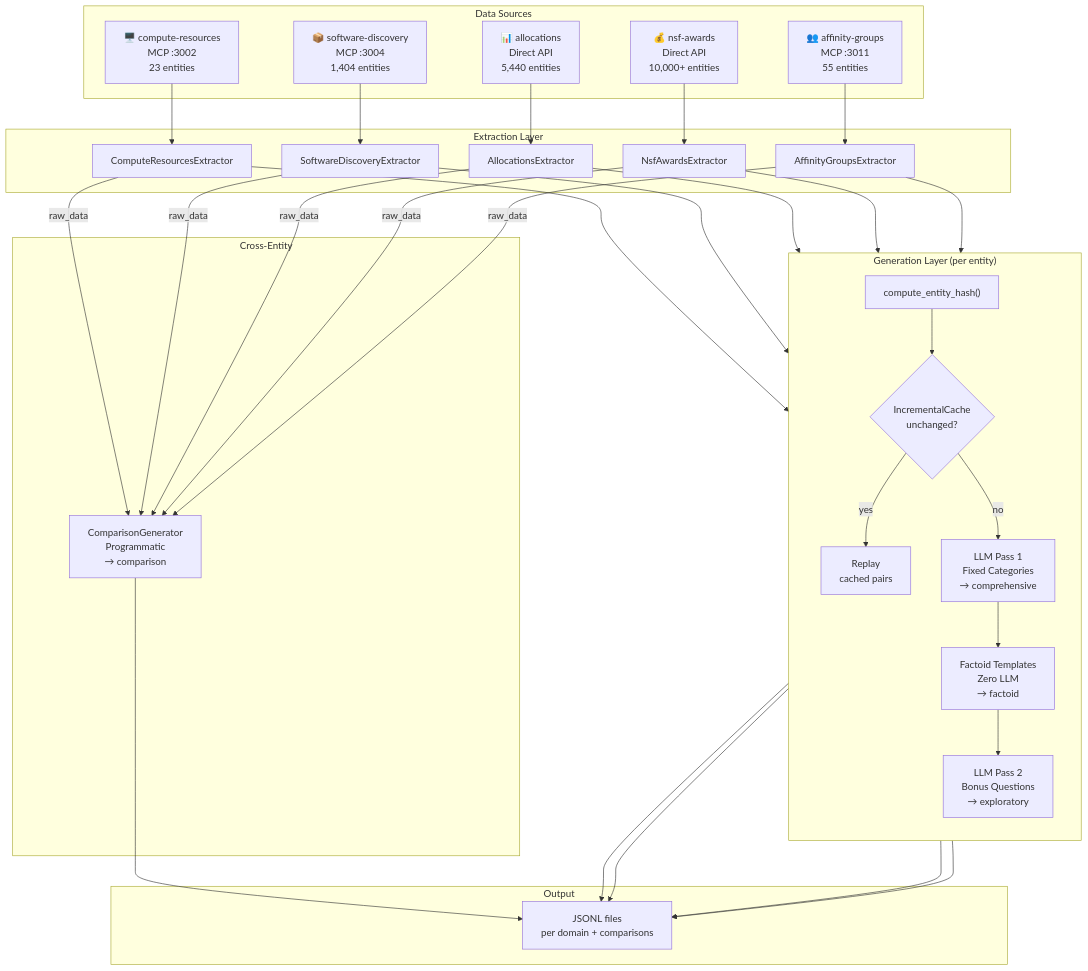
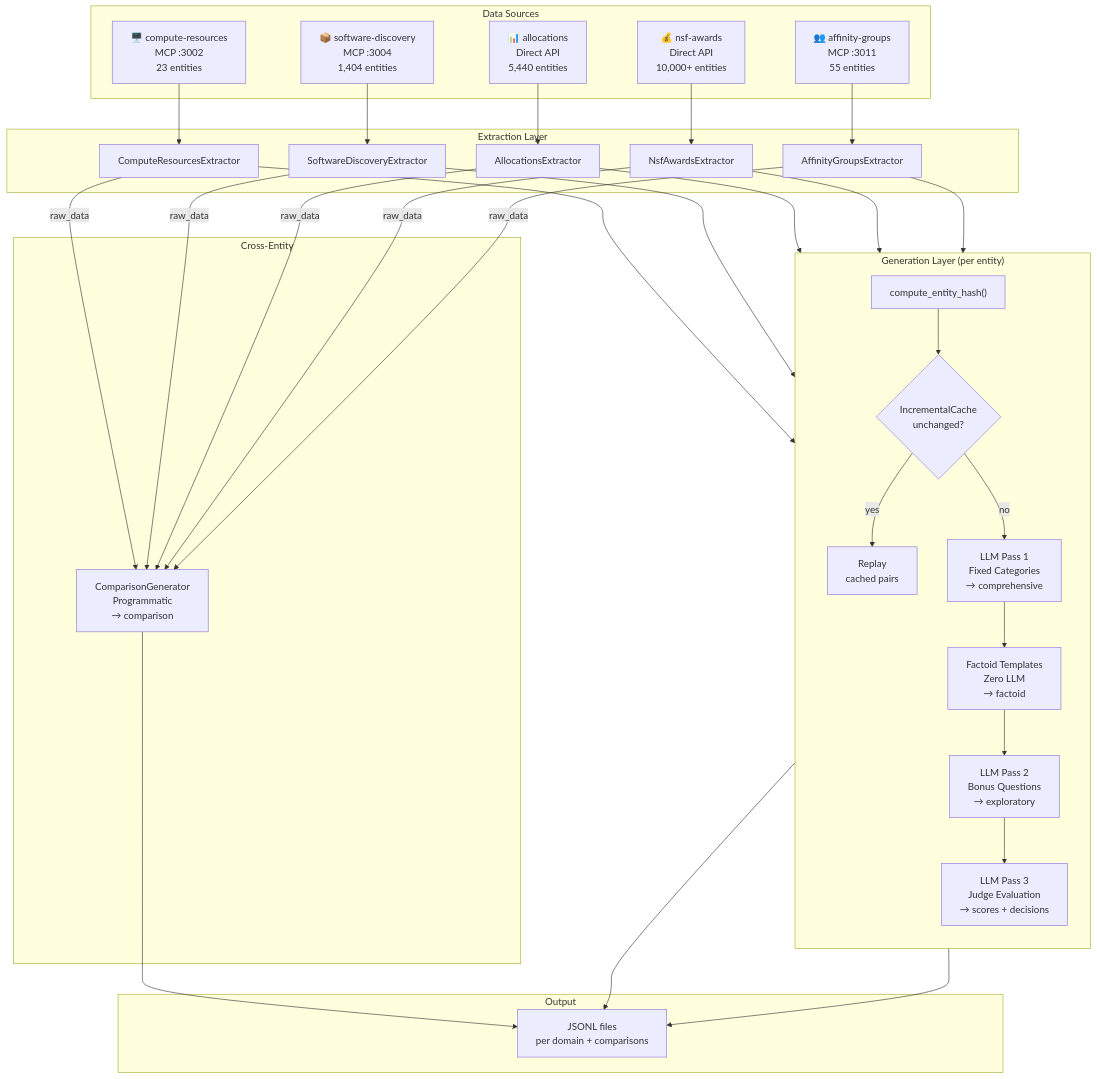
One commit to necyberteam/access-qa-extraction changed the first of 2 diagrams in docs/system-overview-2026-02-17.md. Above: the diagram before and after it, drawn with Mermaid. The commit also changed other lines of this file and 13 other files, not shown here.

First line of the commit message:
feat(judge): LLM judge evaluation scores for Q&A pair quality

````diff
--- a/docs/system-overview-2026-02-17.md
+++ b/docs/system-overview-2026-02-17.md
@@ -13,56 +13,56 @@
 ```mermaid
 graph TB
     subgraph "Data Sources"
         MCP1["🖥️ compute-resources<br/>MCP :3002<br/>23 entities"]
         MCP2["📦 software-discovery<br/>MCP :3004<br/>1,404 entities"]
         MCP3["📊 allocations<br/>Direct API<br/>5,440 entities"]
         MCP4["💰 nsf-awards<br/>Direct API<br/>10,000+ entities"]
         MCP5["👥 affinity-groups<br/>MCP :3011<br/>55 entities"]
     end
 
     subgraph "Extraction Layer"
         E1["ComputeResourcesExtractor"]
         E2["SoftwareDiscoveryExtractor"]
         E3["AllocationsExtractor"]
         E4["NsfAwardsExtractor"]
         E5["AffinityGroupsExtractor"]
     end
 
     subgraph "Generation Layer (per entity)"
         direction TB
         HASH["compute_entity_hash()"]
         CACHE{"IncrementalCache<br/>unchanged?"}
         LLM["LLM Pass 1<br/>Fixed Categories<br/>→ comprehensive"]
         FACT["Factoid Templates<br/>Zero LLM<br/>→ factoid"]
         BONUS["LLM Pass 2<br/>Bonus Questions<br/>→ exploratory"]
+        JUDGE["LLM Pass 3<br/>Judge Evaluation<br/>→ scores + decisions"]
         CACHED["Replay<br/>cached pairs"]
     end
 
     subgraph "Cross-Entity"
         COMP["ComparisonGenerator<br/>Programmatic<br/>→ comparison"]
     end
 
     subgraph "Output"
         JSONL["JSONL files<br/>per domain + comparisons"]
     end
 
     MCP1 --> E1
     MCP2 --> E2
     MCP3 --> E3
     MCP4 --> E4
     MCP5 --> E5
 
     E1 & E2 & E3 & E4 & E5 --> HASH
     HASH --> CACHE
     CACHE -->|yes| CACHED
     CACHE -->|no| LLM
     LLM --> FACT
     FACT --> BONUS
+    BONUS --> JUDGE
     CACHED --> JSONL
-    LLM --> JSONL
-    FACT --> JSONL
-    BONUS --> JSONL
+    JUDGE --> JSONL
 
     E1 & E2 & E3 & E4 & E5 -->|raw_data| COMP
     COMP --> JSONL
 ```
````
